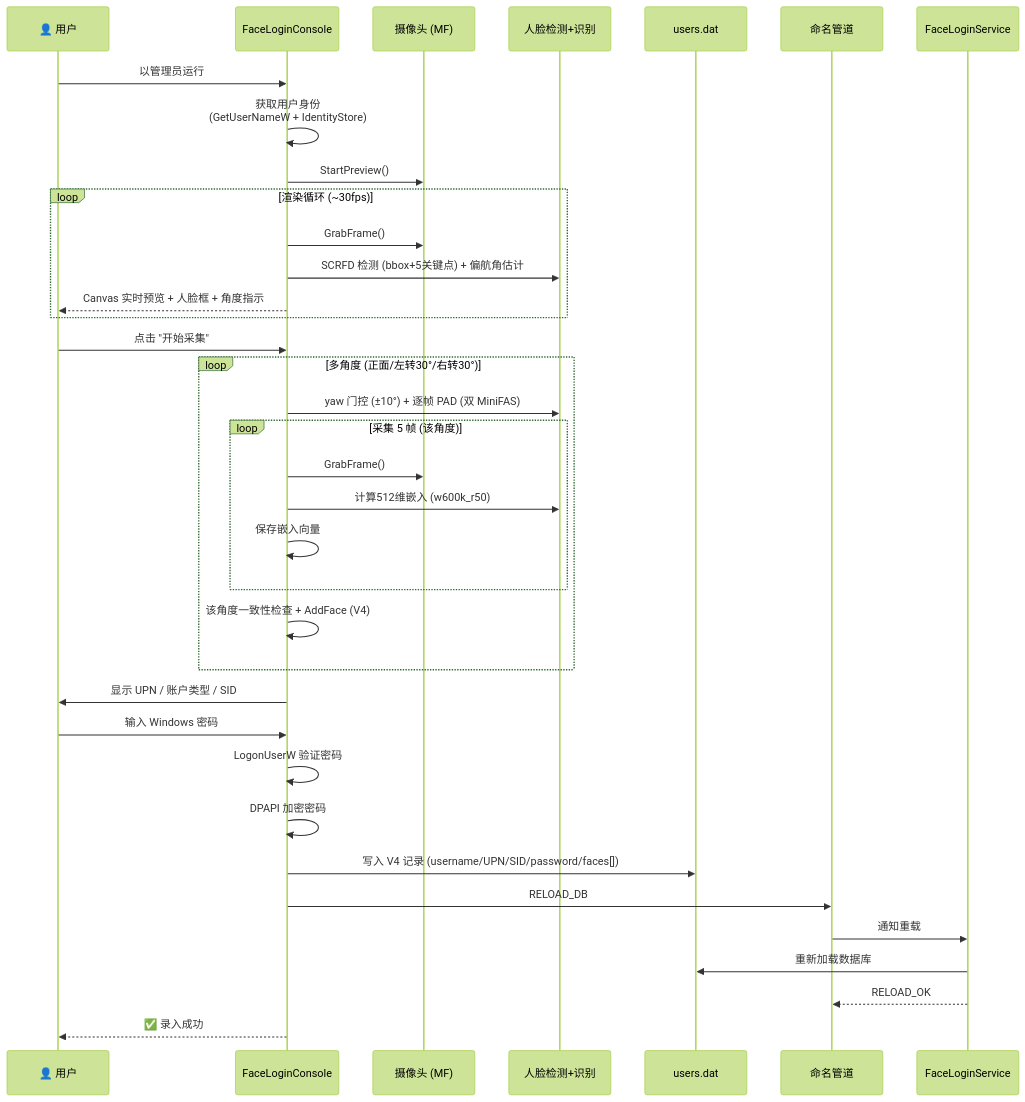
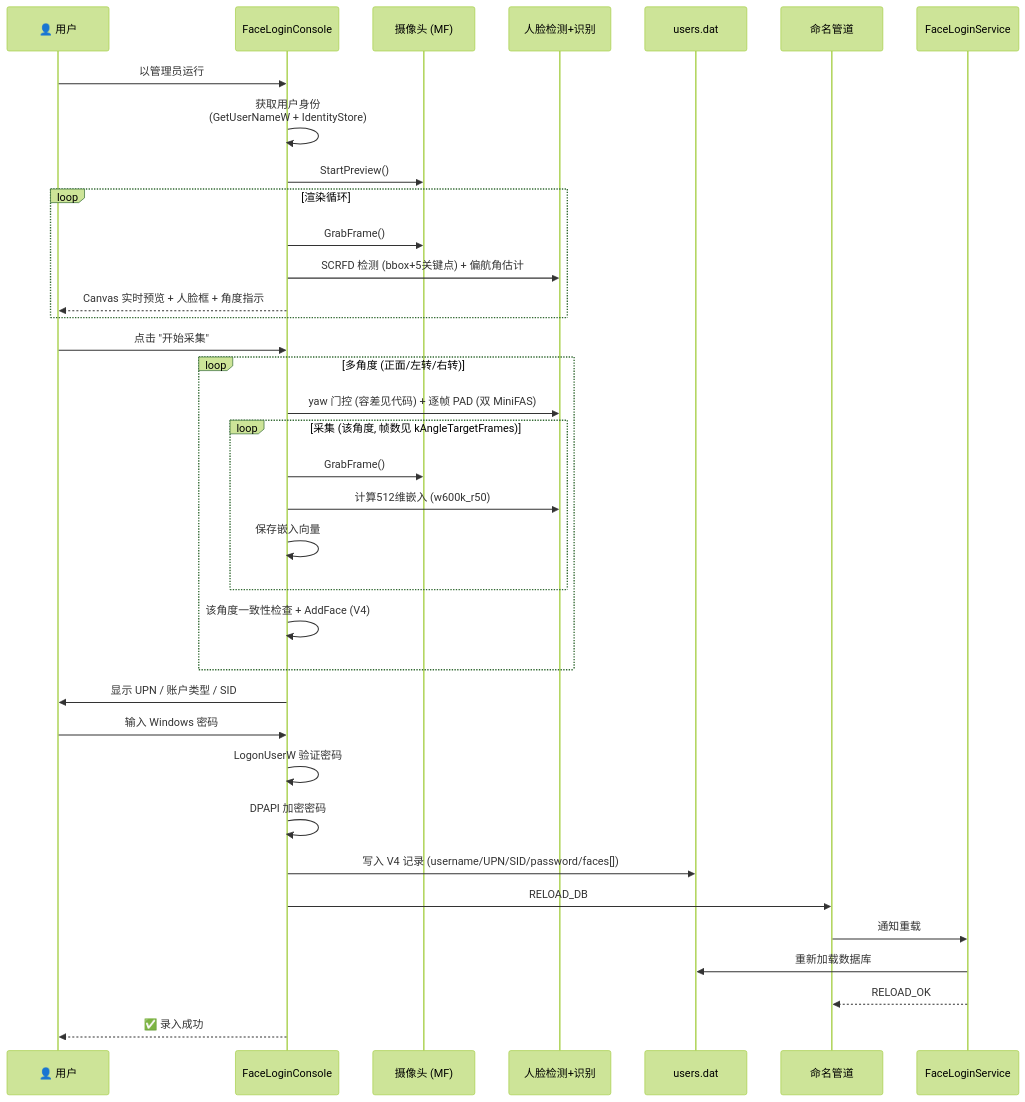
Before and after one commit to Link2323/LockFace: the third of 3 diagrams in DEVELOPMENT.md, drawn with Mermaid (forest theme). The commit also changed other lines of this file, not shown here.

````diff
--- a/DEVELOPMENT.md
+++ b/DEVELOPMENT.md
@@ -208,39 +183,39 @@
 ```mermaid
 sequenceDiagram
     participant User as 👤 用户
     participant App as FaceLoginConsole
     participant Cam as 摄像头 (MF)
     participant Detector as 人脸检测+识别
     participant Store as users.dat
     participant Pipe as 命名管道
     participant Svc as FaceLoginService
 
     User->>App: 以管理员运行
     App->>App: 获取用户身份<br/>(GetUserNameW + IdentityStore)
     App->>Cam: StartPreview()
-    loop 渲染循环 (~30fps)
+    loop 渲染循环
         App->>Cam: GrabFrame()
         App->>Detector: SCRFD 检测 (bbox+5关键点) + 偏航角估计
         App-->>User: Canvas 实时预览 + 人脸框 + 角度指示
     end
     User->>App: 点击 "开始采集"
-    loop 多角度 (正面/左转30°/右转30°)
-        App->>Detector: yaw 门控 (±10°) + 逐帧 PAD (双 MiniFAS)
-        loop 采集 5 帧 (该角度)
+    loop 多角度 (正面/左转/右转)
+        App->>Detector: yaw 门控 (容差见代码) + 逐帧 PAD (双 MiniFAS)
+        loop 采集 (该角度, 帧数见 kAngleTargetFrames)
             App->>Cam: GrabFrame()
             App->>Detector: 计算512维嵌入 (w600k_r50)
             App->>App: 保存嵌入向量
         end
         App->>App: 该角度一致性检查 + AddFace (V4)
     end
     App->>User: 显示 UPN / 账户类型 / SID
     User->>App: 输入 Windows 密码
     App->>App: LogonUserW 验证密码
     App->>App: DPAPI 加密密码
     App->>Store: 写入 V4 记录 (username/UPN/SID/password/faces[])
     App->>Pipe: RELOAD_DB
     Pipe->>Svc: 通知重载
     Svc->>Store: 重新加载数据库
     Svc-->>Pipe: RELOAD_OK
     App-->>User: ✅ 录入成功
 ```
````
